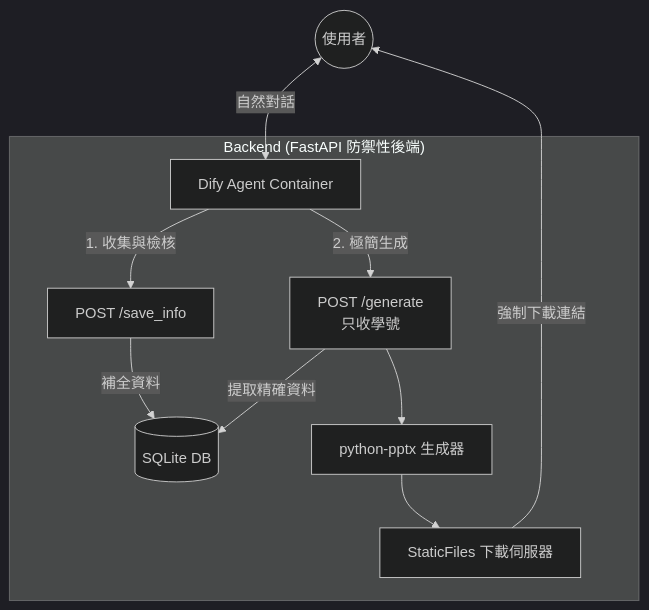
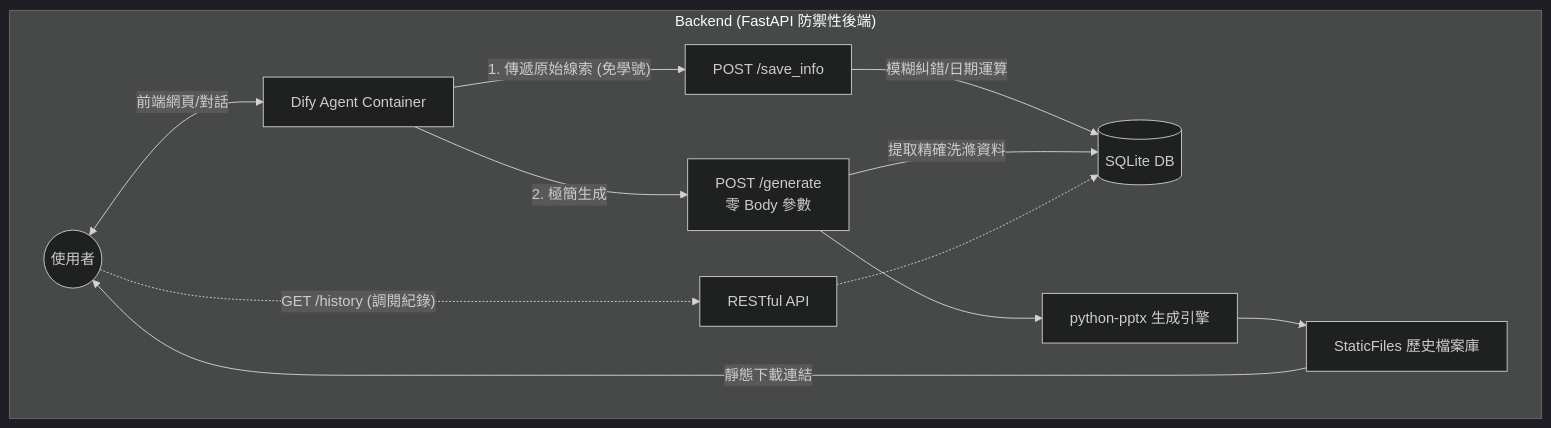
Before and after one commit to NTUST-Lab-training/defense-bot: the diagram in README.md, drawn with Mermaid (dark theme). The commit also changed other lines of this file and 4 other files, not shown here.

````diff
--- a/README.md
+++ b/README.md
@@ -30,16 +31,19 @@
 ```mermaid
 graph TD
-    User((使用者)) <-->|自然對話| Dify[Dify Agent Container]
+    User((使用者)) <-->|前端網頁/對話| Dify[Dify Agent Container]
     
     subgraph "Backend (FastAPI 防禦性後端)"
-        Dify --"1. 收集與檢核"--> SaveAPI[POST /save_info]
-        SaveAPI --"補全資料"--> DB[(SQLite DB)]
+        Dify --"1. 傳遞原始線索 (免學號)"--> SaveAPI[POST /save_info]
+        SaveAPI --"模糊糾錯/日期運算"--> DB[(SQLite DB)]
         
-        Dify --"2. 極簡生成"--> GenAPI[POST /generate <br/> 只收學號]
-        GenAPI --"提取精確資料"--> DB
-        GenAPI --> PPT[python-pptx 生成器]
-        PPT --> DL[StaticFiles 下載伺服器]
+        Dify --"2. 極簡生成"--> GenAPI[POST /generate <br/> 零 Body 參數]
+        GenAPI --"提取精確洗滌資料"--> DB
+        GenAPI --> PPT[python-pptx 生成引擎]
+        PPT --> DL[StaticFiles 歷史檔案庫]
+        
+        User -.->|"GET /history (調閱紀錄)"| HistoryAPI[RESTful API]
+        HistoryAPI -.-> DB
     end
     
-    DL --"強制下載連結"--> User
+    DL --"靜態下載連結"--> User
 ```
````
